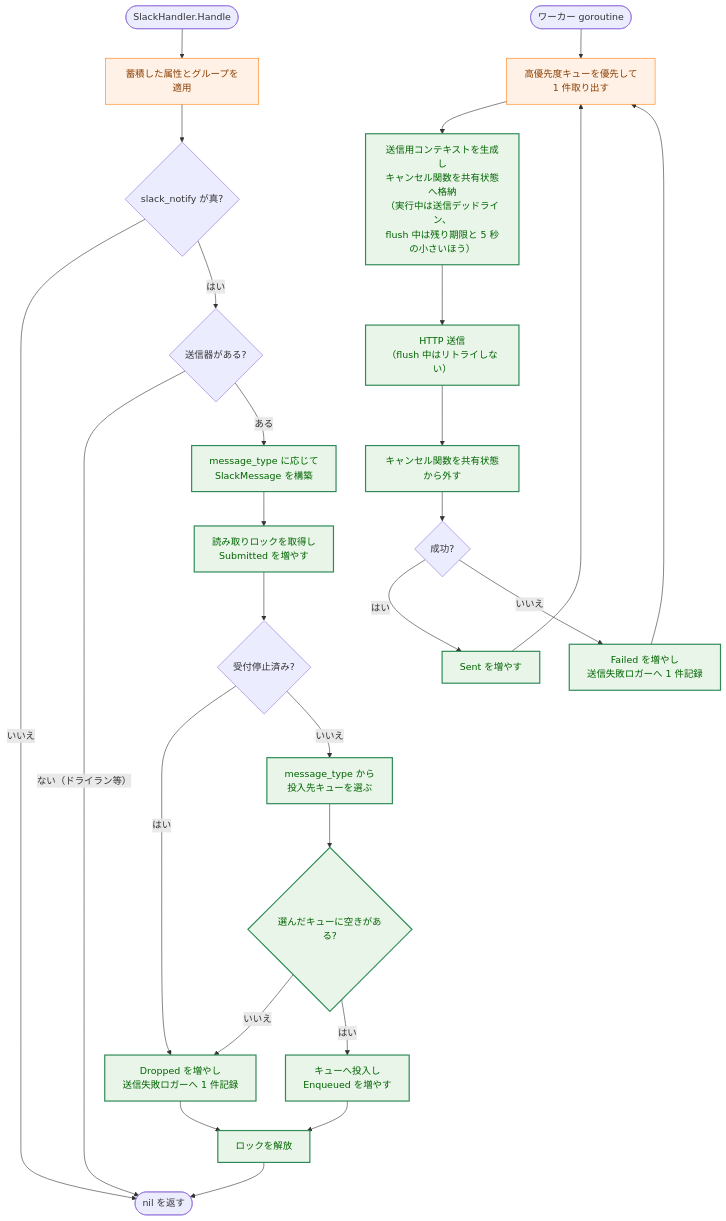
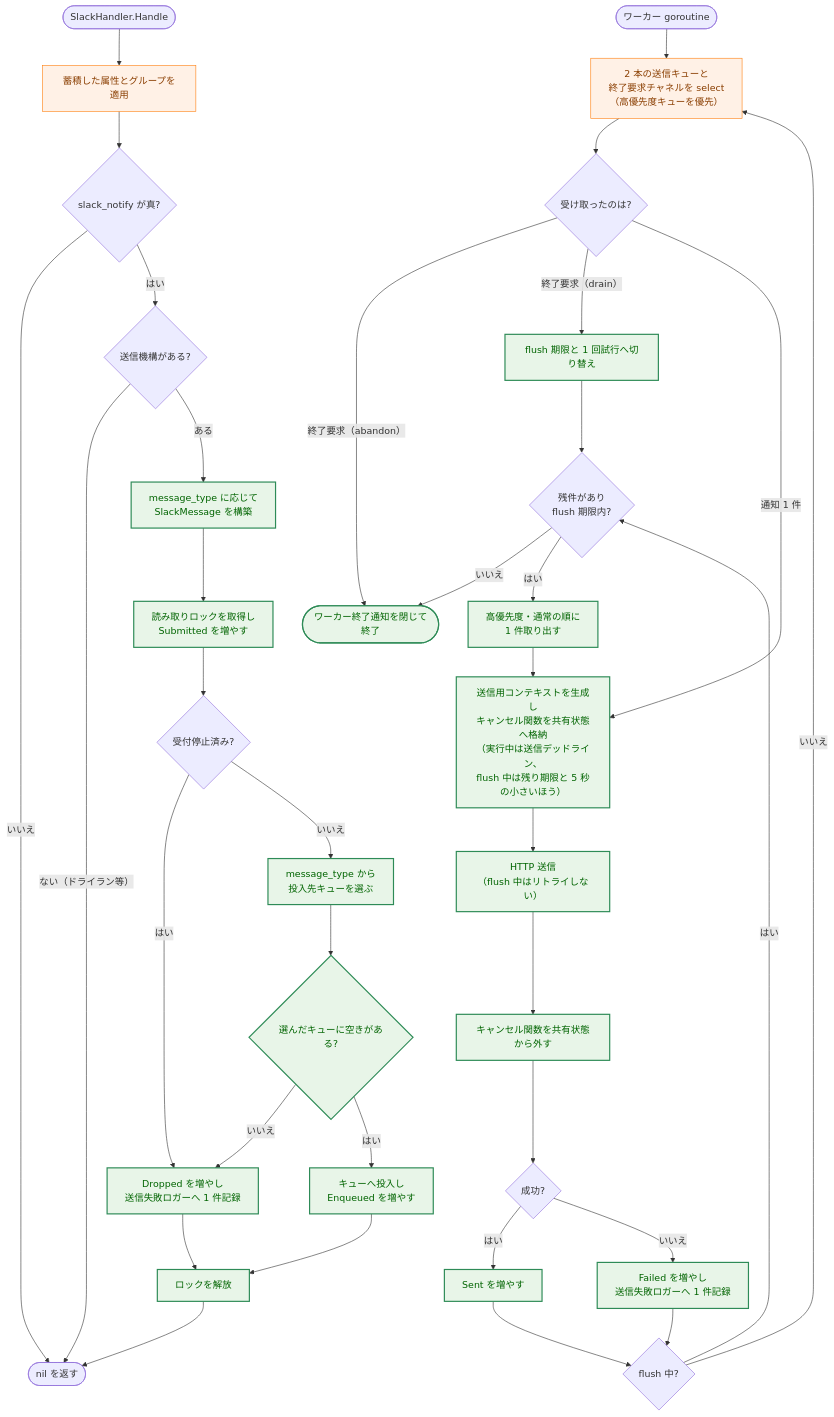
Before and after one commit to isseis/go-safe-cmd-runner: the ninth of 10 diagrams in docs/tasks/0163_redaction_coverage_and_slack_async/02_architecture.md, drawn with Mermaid. The commit also changed other lines of this file and 1 other file, not shown here.

````diff
--- a/docs/tasks/0163_redaction_coverage_and_slack_async/02_architecture.md
+++ b/docs/tasks/0163_redaction_coverage_and_slack_async/02_architecture.md
@@ -892,35 +956,44 @@
 ```mermaid
 flowchart TD
     classDef process fill:#fff1e6,stroke:#ff7f0e,stroke-width:1px,color:#8a3e00;
     classDef enhanced fill:#e8f5e8,stroke:#2e8b57,stroke-width:2px,color:#006400;
 
     S(["SlackHandler.Handle"]) --> A1["蓄積した属性とグループを適用"]
     A1 --> C1{"slack_notify が真?"}
     C1 -->|"いいえ"| RET(["nil を返す"])
-    C1 -->|"はい"| C2{"送信器がある?"}
+    C1 -->|"はい"| C2{"送信機構がある?"}
     C2 -->|"ない（ドライラン等）"| RET
     C2 -->|"ある"| BUILD["message_type に応じて<br>SlackMessage を構築"]
     BUILD --> LOCK["読み取りロックを取得し<br>Submitted を増やす"]
     LOCK --> C3{"受付停止済み?"}
     C3 -->|"はい"| DROP["Dropped を増やし<br>送信失敗ロガーへ 1 件記録"]
     C3 -->|"いいえ"| SEL["message_type から<br>投入先キューを選ぶ"]
     SEL --> ENQ{"選んだキューに空きがある?"}
     ENQ -->|"いいえ"| DROP
     ENQ -->|"はい"| PUT["キューへ投入し<br>Enqueued を増やす"]
     DROP --> UNLOCK["ロックを解放"]
     PUT --> UNLOCK
     UNLOCK --> RET
 
-    W(["ワーカー goroutine"]) --> WT["高優先度キューを優先して<br>1 件取り出す"]
-    WT --> WCTX["送信用コンテキストを生成し<br>キャンセル関数を共有状態へ格納<br>（実行中は送信デッドライン、<br>flush 中は残り期限と 5 秒の小さいほう）"]
+    W(["ワーカー goroutine"]) --> WT["2 本の送信キューと<br>終了要求チャネルを select<br>（高優先度キューを優先）"]
+    WT --> WQ{"受け取ったのは?"}
+    WQ -->|"終了要求（abandon）"| WEND(["ワーカー終了通知を閉じて終了"])
+    WQ -->|"終了要求（drain）"| WDR["flush 期限と 1 回試行へ切り替え"]
+    WDR --> WDQ{"残件があり<br>flush 期限内?"}
+    WDQ -->|"いいえ"| WEND
+    WDQ -->|"はい"| WPOP["高優先度・通常の順に<br>1 件取り出す"]
+    WPOP --> WCTX
+    WQ -->|"通知 1 件"| WCTX["送信用コンテキストを生成し<br>キャンセル関数を共有状態へ格納<br>（実行中は送信デッドライン、<br>flush 中は残り期限と 5 秒の小さいほう）"]
     WCTX --> WSEND["HTTP 送信<br>（flush 中はリトライしない）"]
     WSEND --> WCLR["キャンセル関数を共有状態から外す"]
     WCLR --> WRES{"成功?"}
     WRES -->|"はい"| WOK["Sent を増やす"]
     WRES -->|"いいえ"| WNG["Failed を増やし<br>送信失敗ロガーへ 1 件記録"]
-    WOK --> WT
-    WNG --> WT
+    WOK --> WNEXT{"flush 中?"}
+    WNG --> WNEXT
+    WNEXT -->|"いいえ"| WT
+    WNEXT -->|"はい"| WDQ
 
-    class BUILD,LOCK,SEL,ENQ,PUT,DROP,UNLOCK,WCTX,WSEND,WCLR,WOK,WNG enhanced
+    class BUILD,LOCK,SEL,ENQ,PUT,DROP,UNLOCK,WCTX,WSEND,WCLR,WOK,WNG,WDR,WPOP,WEND enhanced
     class A1,WT process
 ```
````
